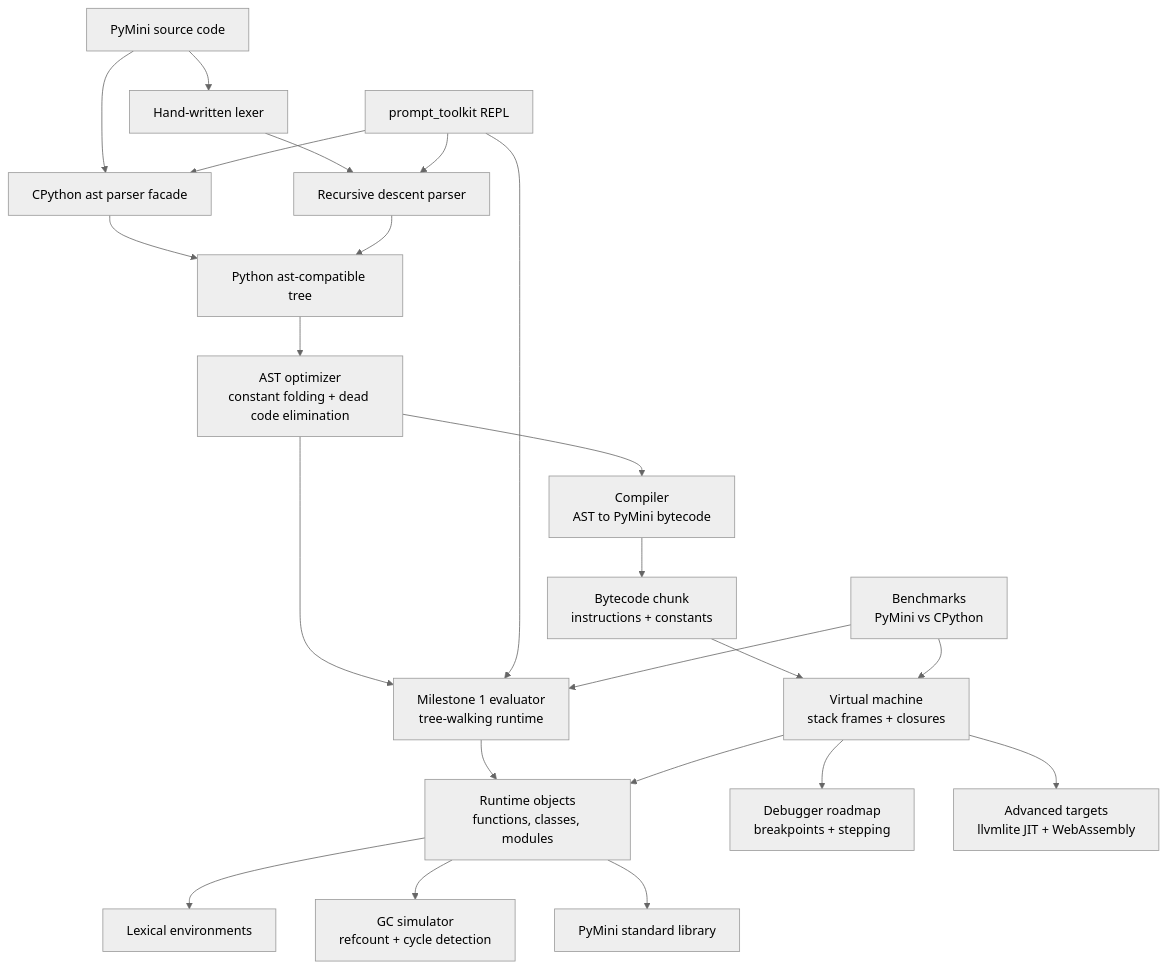
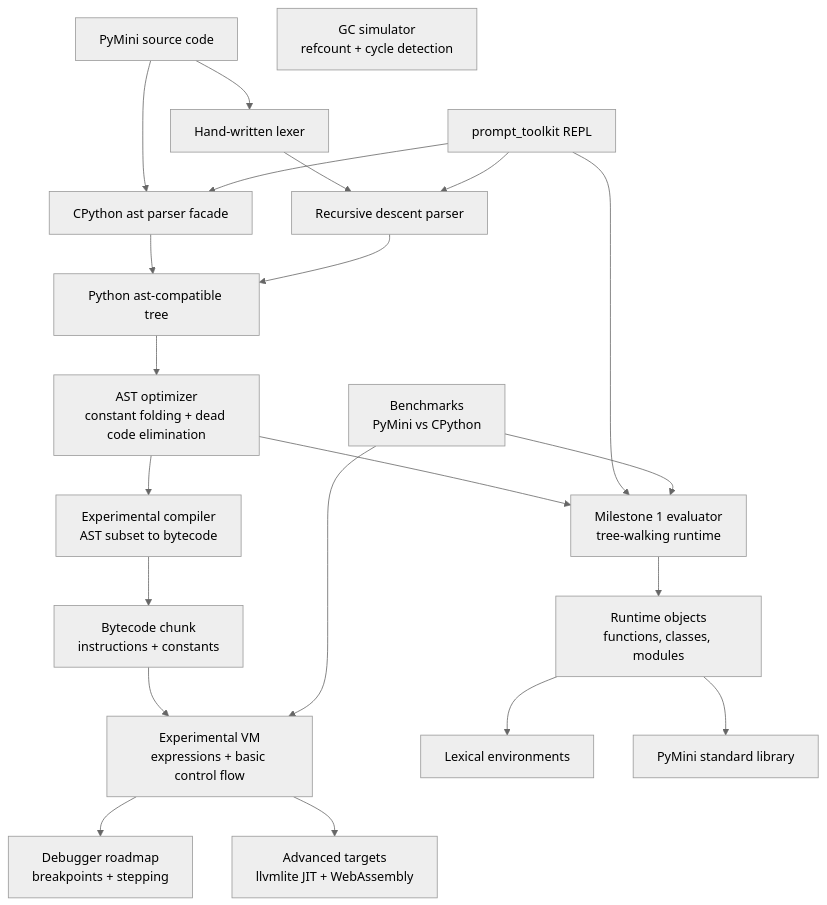
The diagram in README.md (Sebby1770/PyMini), drawn with Mermaid (neutral theme) before and after one commit. The commit also changed other lines of this file and 46 other files, not shown here.

Commit message:
Harden architecture, performance, and releases

````diff
--- a/README.md
+++ b/README.md
@@ -9,42 +11,40 @@
 ```mermaid
 flowchart TD
     Source["PyMini source code"]
     Lexer["Hand-written lexer"]
     HandParser["Recursive descent parser"]
     AstParser["CPython ast parser facade"]
     PyAST["Python ast-compatible tree"]
     Optimizer["AST optimizer<br/>constant folding + dead code elimination"]
     Evaluator["Milestone 1 evaluator<br/>tree-walking runtime"]
-    Compiler["Compiler<br/>AST to PyMini bytecode"]
+    Compiler["Experimental compiler<br/>AST subset to bytecode"]
     Bytecode["Bytecode chunk<br/>instructions + constants"]
-    VM["Virtual machine<br/>stack frames + closures"]
+    VM["Experimental VM<br/>expressions + basic control flow"]
     Runtime["Runtime objects<br/>functions, classes, modules"]
     Scope["Lexical environments"]
     GC["GC simulator<br/>refcount + cycle detection"]
     Stdlib["PyMini standard library"]
     REPL["prompt_toolkit REPL"]
     Debugger["Debugger roadmap<br/>breakpoints + stepping"]
     Bench["Benchmarks<br/>PyMini vs CPython"]
     Targets["Advanced targets<br/>llvmlite JIT + WebAssembly"]
 
     Source --> AstParser
     Source --> Lexer --> HandParser
     AstParser --> PyAST
     HandParser --> PyAST
     PyAST --> Optimizer
     Optimizer --> Evaluator
     Optimizer --> Compiler
     Compiler --> Bytecode --> VM
     Evaluator --> Runtime
-    VM --> Runtime
     Runtime --> Scope
-    Runtime --> GC
     Runtime --> Stdlib
     REPL --> AstParser
     REPL --> HandParser
     REPL --> Evaluator
     VM --> Debugger
     Bench --> Evaluator
     Bench --> VM
     VM --> Targets
 ```
````
